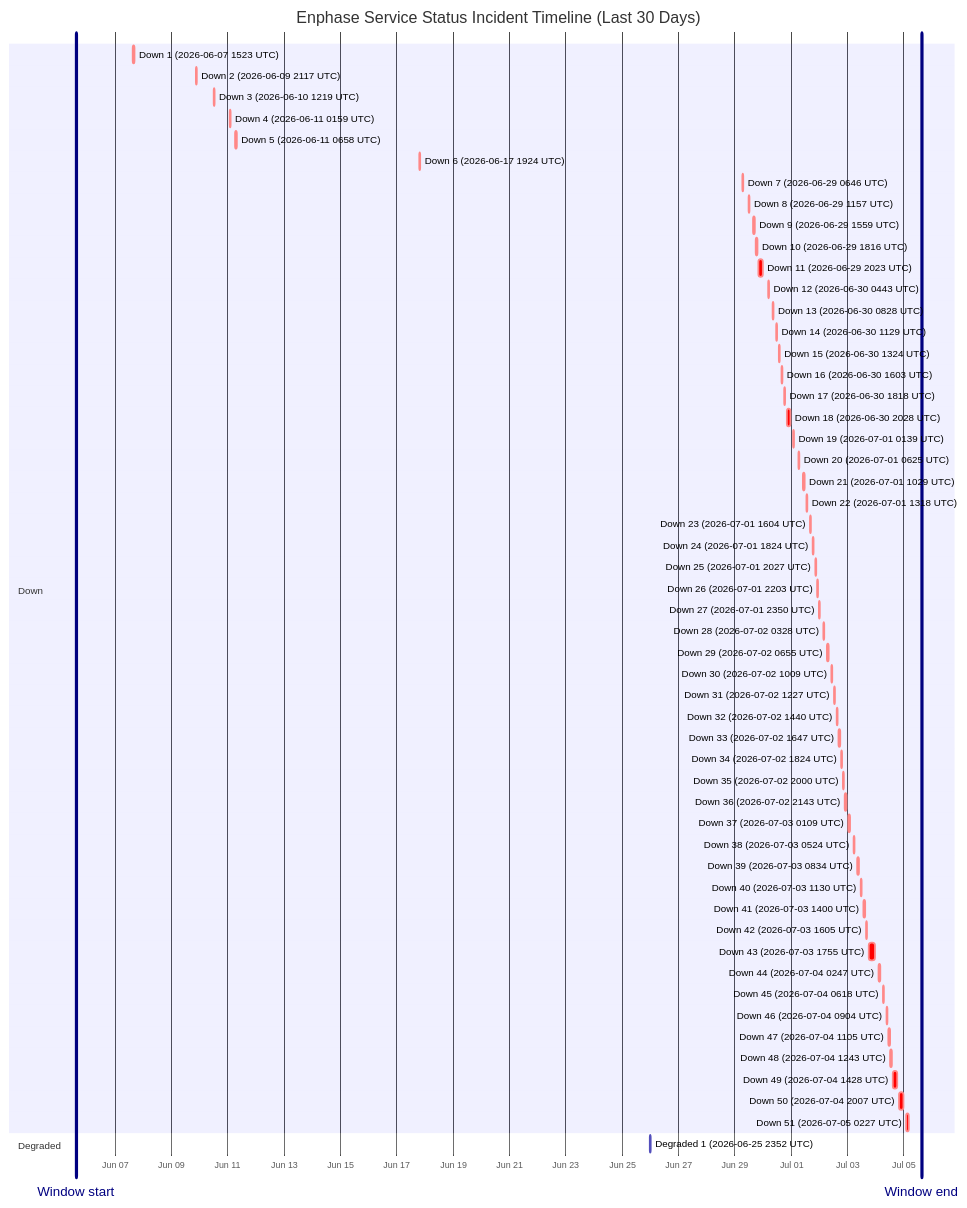
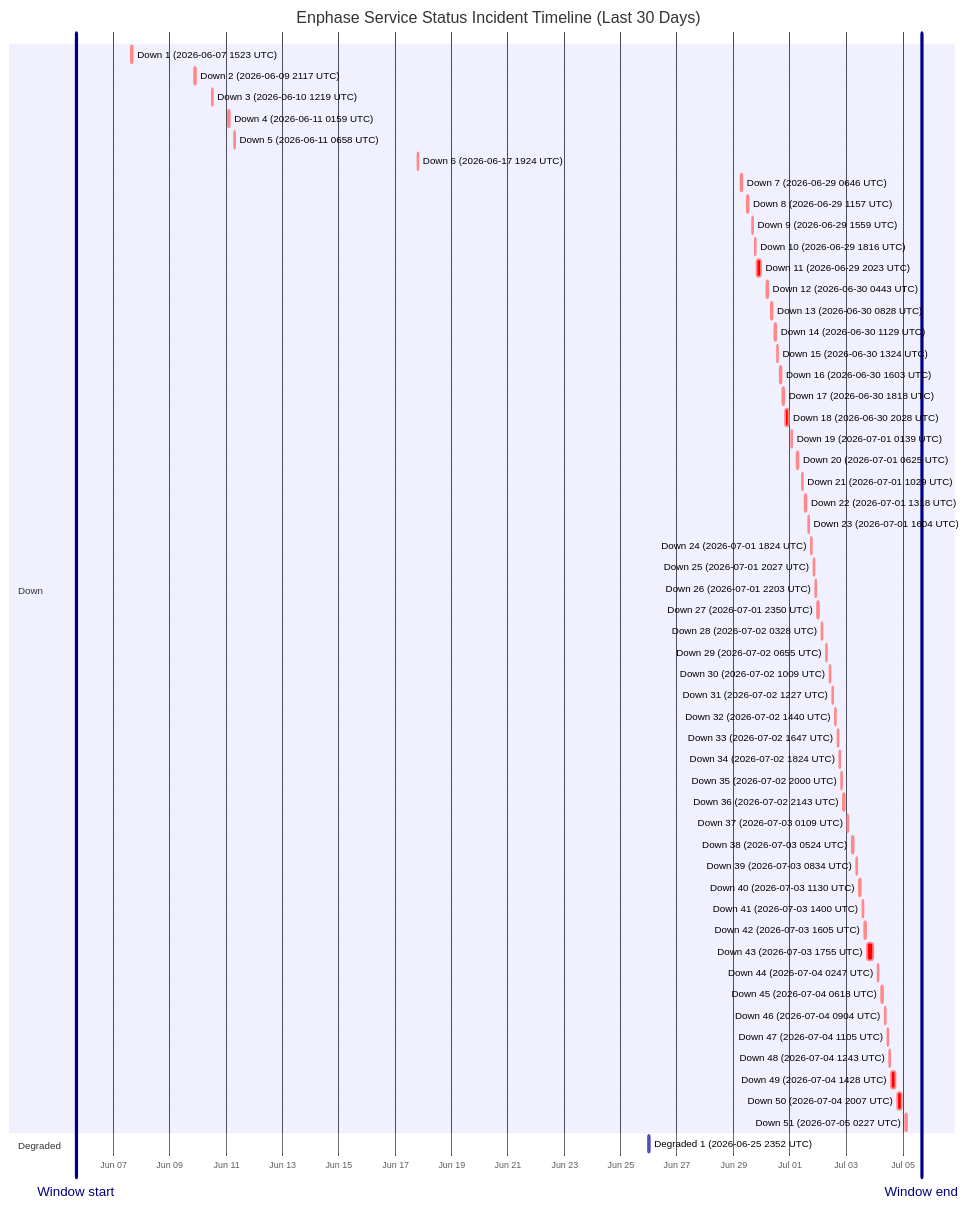
Before and after one commit to barneyonline/ha-enphase-energy: the diagram in wiki/Service-Status-History.md, drawn with Mermaid. The commit also changed other lines of this file and 3 other files, not shown here.

````diff
--- a/wiki/Service-Status-History.md
+++ b/wiki/Service-Status-History.md
@@ -14,62 +14,62 @@
 ```mermaid
 gantt
     title Enphase Service Status Incident Timeline (Last 30 Days)
     dateFormat  YYYY-MM-DDTHH:mm:ss
     axisFormat  %b %d
-    Window start :vert, window-start, 2026-06-05T14:58:29, 0ms
-    Window end :vert, window-end, 2026-07-05T14:58:29, 0ms
+    Window start :vert, window-start, 2026-06-05T16:15:10, 0ms
+    Window end :vert, window-end, 2026-07-05T16:15:10, 0ms
     section Down
     Down 1 (2026-06-07 1523 UTC) :crit, down-1, 2026-06-07T15:23:22, 87m
     Down 2 (2026-06-09 2117 UTC) :crit, down-2, 2026-06-09T21:17:17, 60m
     Down 3 (2026-06-10 1219 UTC) :crit, down-3, 2026-06-10T12:19:21, 60m
     Down 4 (2026-06-11 0159 UTC) :crit, down-4, 2026-06-11T01:59:36, 60m
     Down 5 (2026-06-11 0658 UTC) :crit, down-5, 2026-06-11T06:58:45, 60m
     Down 6 (2026-06-17 1924 UTC) :crit, down-6, 2026-06-17T19:24:51, 60m
     Down 7 (2026-06-29 0646 UTC) :crit, down-7, 2026-06-29T06:46:18, 60m
     Down 8 (2026-06-29 1157 UTC) :crit, down-8, 2026-06-29T11:57:36, 60m
     Down 9 (2026-06-29 1559 UTC) :crit, down-9, 2026-06-29T15:59:02, 60m
     Down 10 (2026-06-29 1816 UTC) :crit, down-10, 2026-06-29T18:16:38, 60m
     Down 11 (2026-06-29 2023 UTC) :crit, down-11, 2026-06-29T20:23:16, 220m
     Down 12 (2026-06-30 0443 UTC) :crit, down-12, 2026-06-30T04:43:54, 60m
     Down 13 (2026-06-30 0828 UTC) :crit, down-13, 2026-06-30T08:28:43, 60m
     Down 14 (2026-06-30 1129 UTC) :crit, down-14, 2026-06-30T11:29:15, 60m
     Down 15 (2026-06-30 1324 UTC) :crit, down-15, 2026-06-30T13:24:25, 60m
     Down 16 (2026-06-30 1603 UTC) :crit, down-16, 2026-06-30T16:03:26, 60m
     Down 17 (2026-06-30 1818 UTC) :crit, down-17, 2026-06-30T18:18:39, 60m
     Down 18 (2026-06-30 2028 UTC) :crit, down-18, 2026-06-30T20:28:54, 171m
     Down 19 (2026-07-01 0139 UTC) :crit, down-19, 2026-07-01T01:39:18, 60m
     Down 20 (2026-07-01 0625 UTC) :crit, down-20, 2026-07-01T06:25:35, 60m
     Down 21 (2026-07-01 1029 UTC) :crit, down-21, 2026-07-01T10:29:24, 60m
     Down 22 (2026-07-01 1318 UTC) :crit, down-22, 2026-07-01T13:18:31, 60m
     Down 23 (2026-07-01 1604 UTC) :crit, down-23, 2026-07-01T16:04:29, 60m
     Down 24 (2026-07-01 1824 UTC) :crit, down-24, 2026-07-01T18:24:21, 60m
     Down 25 (2026-07-01 2027 UTC) :crit, down-25, 2026-07-01T20:27:17, 60m
     Down 26 (2026-07-01 2203 UTC) :crit, down-26, 2026-07-01T22:03:46, 60m
     Down 27 (2026-07-01 2350 UTC) :crit, down-27, 2026-07-01T23:50:52, 60m
     Down 28 (2026-07-02 0328 UTC) :crit, down-28, 2026-07-02T03:28:33, 60m
     Down 29 (2026-07-02 0655 UTC) :crit, down-29, 2026-07-02T06:55:07, 60m
     Down 30 (2026-07-02 1009 UTC) :crit, down-30, 2026-07-02T10:09:15, 60m
     Down 31 (2026-07-02 1227 UTC) :crit, down-31, 2026-07-02T12:27:49, 60m
     Down 32 (2026-07-02 1440 UTC) :crit, down-32, 2026-07-02T14:40:53, 60m
     Down 33 (2026-07-02 1647 UTC) :crit, down-33, 2026-07-02T16:47:47, 60m
     Down 34 (2026-07-02 1824 UTC) :crit, down-34, 2026-07-02T18:24:26, 60m
     Down 35 (2026-07-02 2000 UTC) :crit, down-35, 2026-07-02T20:00:57, 60m
     Down 36 (2026-07-02 2143 UTC) :crit, down-36, 2026-07-02T21:43:52, 80m
     Down 37 (2026-07-03 0109 UTC) :crit, down-37, 2026-07-03T01:09:19, 60m
     Down 38 (2026-07-03 0524 UTC) :crit, down-38, 2026-07-03T05:24:23, 60m
     Down 39 (2026-07-03 0834 UTC) :crit, down-39, 2026-07-03T08:34:05, 60m
     Down 40 (2026-07-03 1130 UTC) :crit, down-40, 2026-07-03T11:30:41, 60m
     Down 41 (2026-07-03 1400 UTC) :crit, down-41, 2026-07-03T14:00:48, 60m
     Down 42 (2026-07-03 1605 UTC) :crit, down-42, 2026-07-03T16:05:49, 60m
     Down 43 (2026-07-03 1755 UTC) :crit, down-43, 2026-07-03T17:55:54, 338m
     Down 44 (2026-07-04 0247 UTC) :crit, down-44, 2026-07-04T02:47:22, 60m
     Down 45 (2026-07-04 0618 UTC) :crit, down-45, 2026-07-04T06:18:09, 60m
     Down 46 (2026-07-04 0904 UTC) :crit, down-46, 2026-07-04T09:04:41, 60m
     Down 47 (2026-07-04 1105 UTC) :crit, down-47, 2026-07-04T11:05:21, 60m
     Down 48 (2026-07-04 1243 UTC) :crit, down-48, 2026-07-04T12:43:25, 60m
     Down 49 (2026-07-04 1428 UTC) :crit, down-49, 2026-07-04T14:28:07, 243m
     Down 50 (2026-07-04 2007 UTC) :crit, down-50, 2026-07-04T20:07:50, 206m
     Down 51 (2026-07-05 0227 UTC) :crit, down-51, 2026-07-05T02:27:32, 109m
     section Degraded
     Degraded 1 (2026-06-25 2352 UTC) :active, degraded-1, 2026-06-25T23:52:01, 60m
 ```
````
